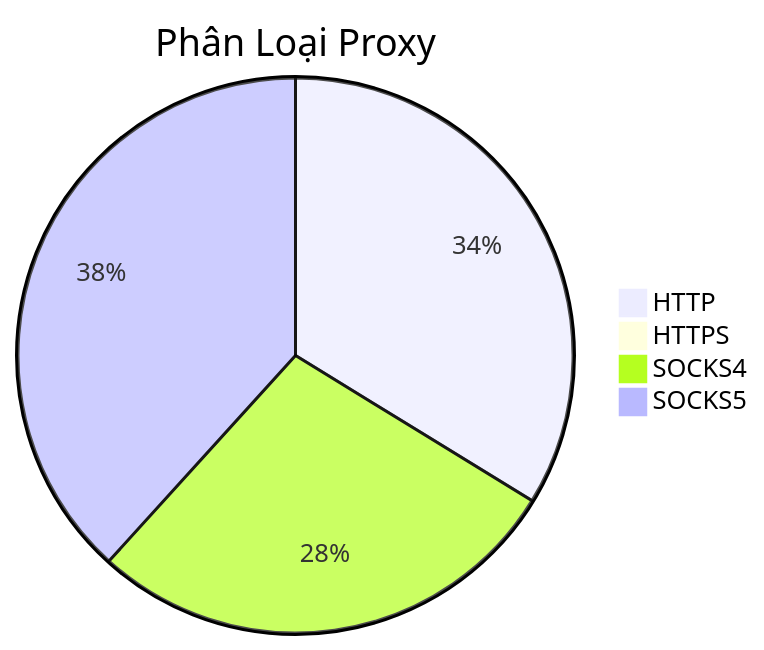
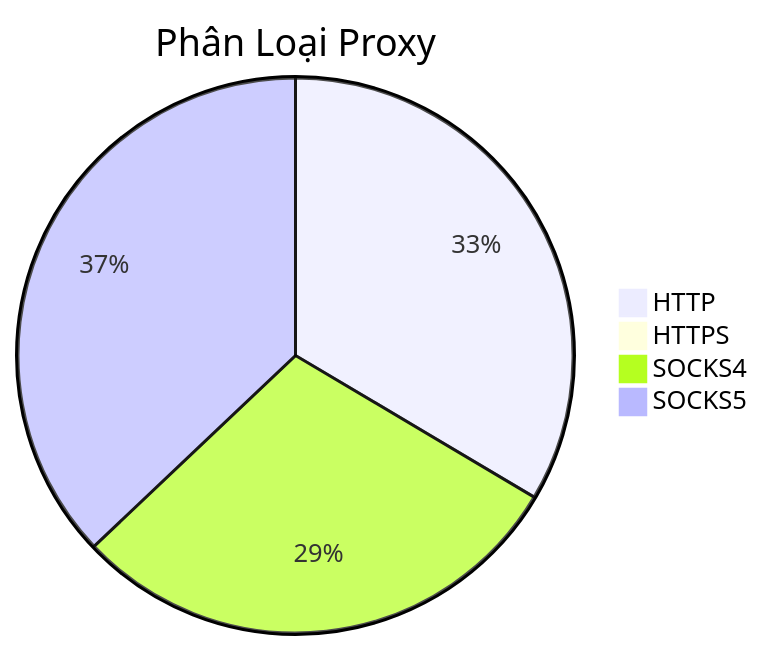
The diagram in README.md (Ciara-12/PROXY-free), drawn with Mermaid before and after one commit. The commit also changed other lines of this file and 4 other files, not shown here.

````diff
--- a/README.md
+++ b/README.md
@@ -26,7 +26,7 @@
 ```mermaid
 pie title Phân Loại Proxy
-    "HTTP" : 449
-    "HTTPS" : 0
-    "SOCKS4" : 372
-    "SOCKS5" : 509
+    "HTTP" : 350
+    "HTTPS" : 1
+    "SOCKS4" : 307
+    "SOCKS5" : 387
 ```
````
